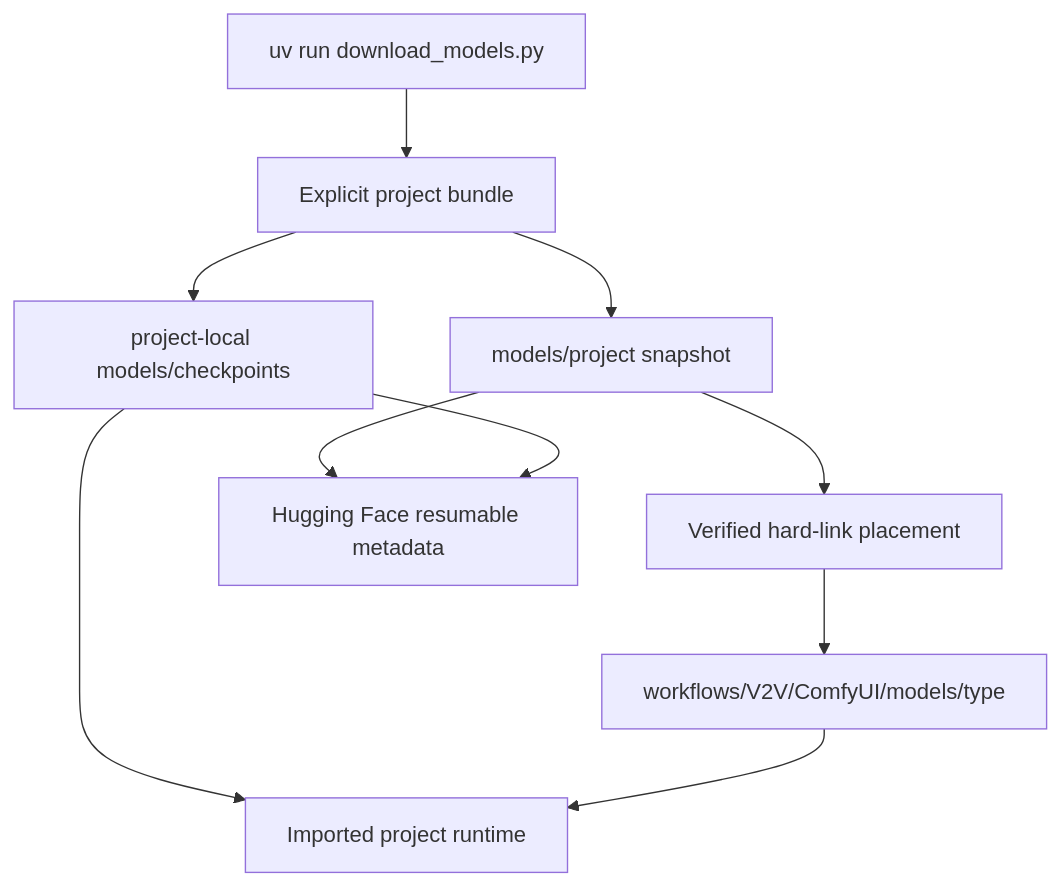
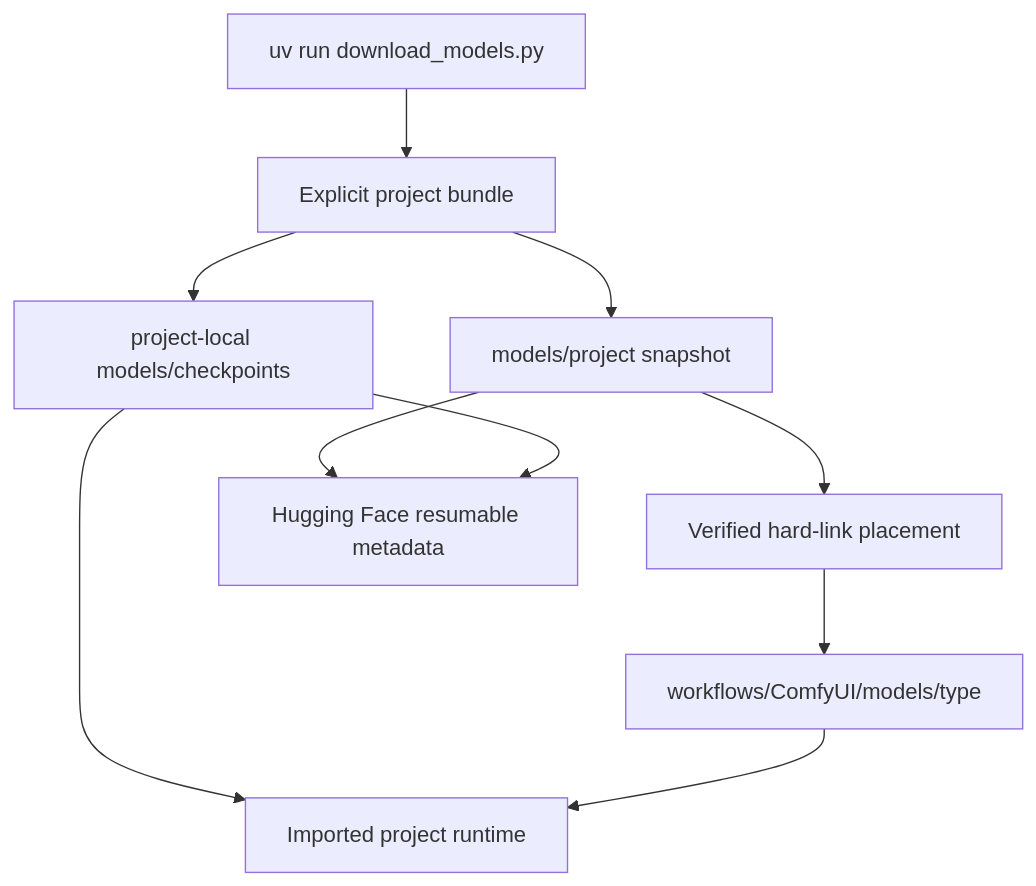
The diagram in models/ARCHITECTURE.md (CommanderTurtle/mm-tools), drawn with Mermaid before and after one commit. The commit also changed other lines of this file and 688 other files, not shown here.

Commit message:
workflows: shared Comfy checkout, studio builder, deduplicated downloads

````diff
--- a/models/ARCHITECTURE.md
+++ b/models/ARCHITECTURE.md
@@ -9,12 +9,12 @@
 ```mermaid
 flowchart TB
     CLI["uv run download_models.py"] --> Select["Explicit project bundle"]
     Select --> Shared["models/project snapshot"]
     Select --> Native["project-local models/checkpoints"]
     Shared --> Link["Verified hard-link placement"]
-    Link --> Comfy["workflows/V2V/ComfyUI/models/type"]
+    Link --> Comfy["workflows/ComfyUI/models/type"]
     Native --> Runtime["Imported project runtime"]
     Comfy --> Runtime
     Shared --> Resume["Hugging Face resumable metadata"]
     Native --> Resume
 ```
````
